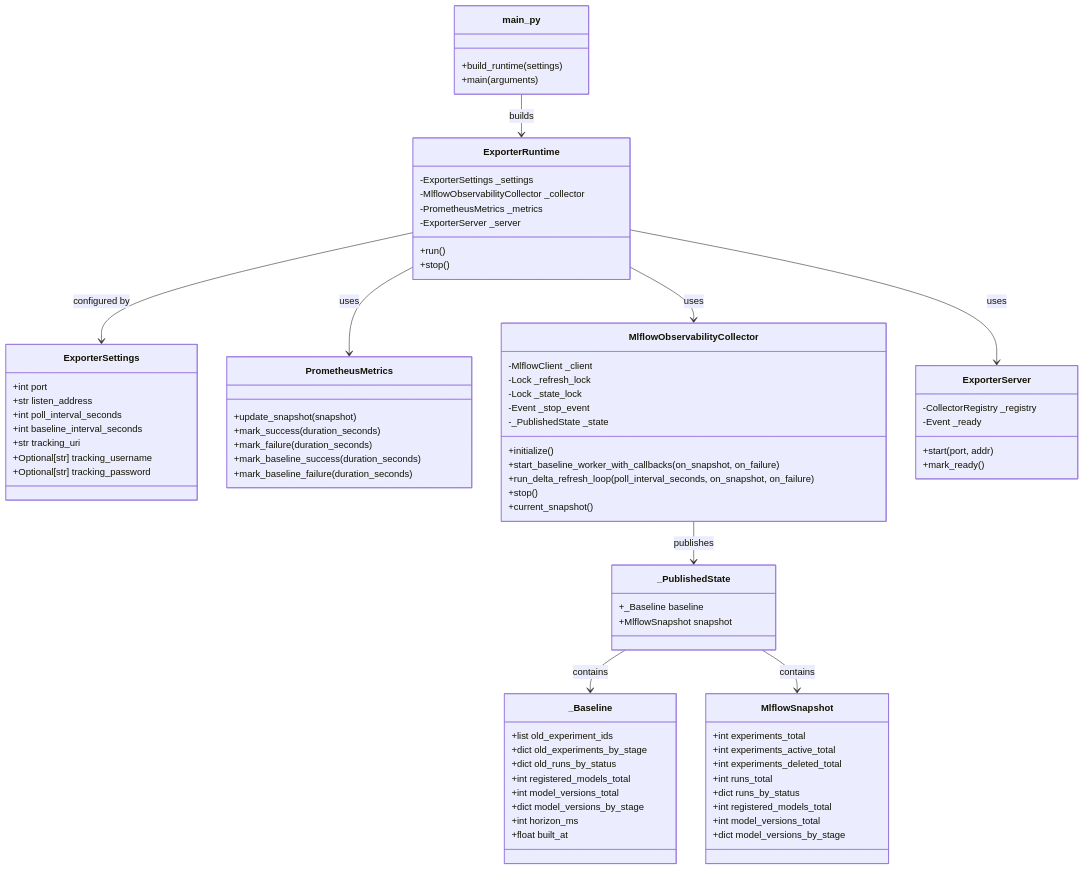
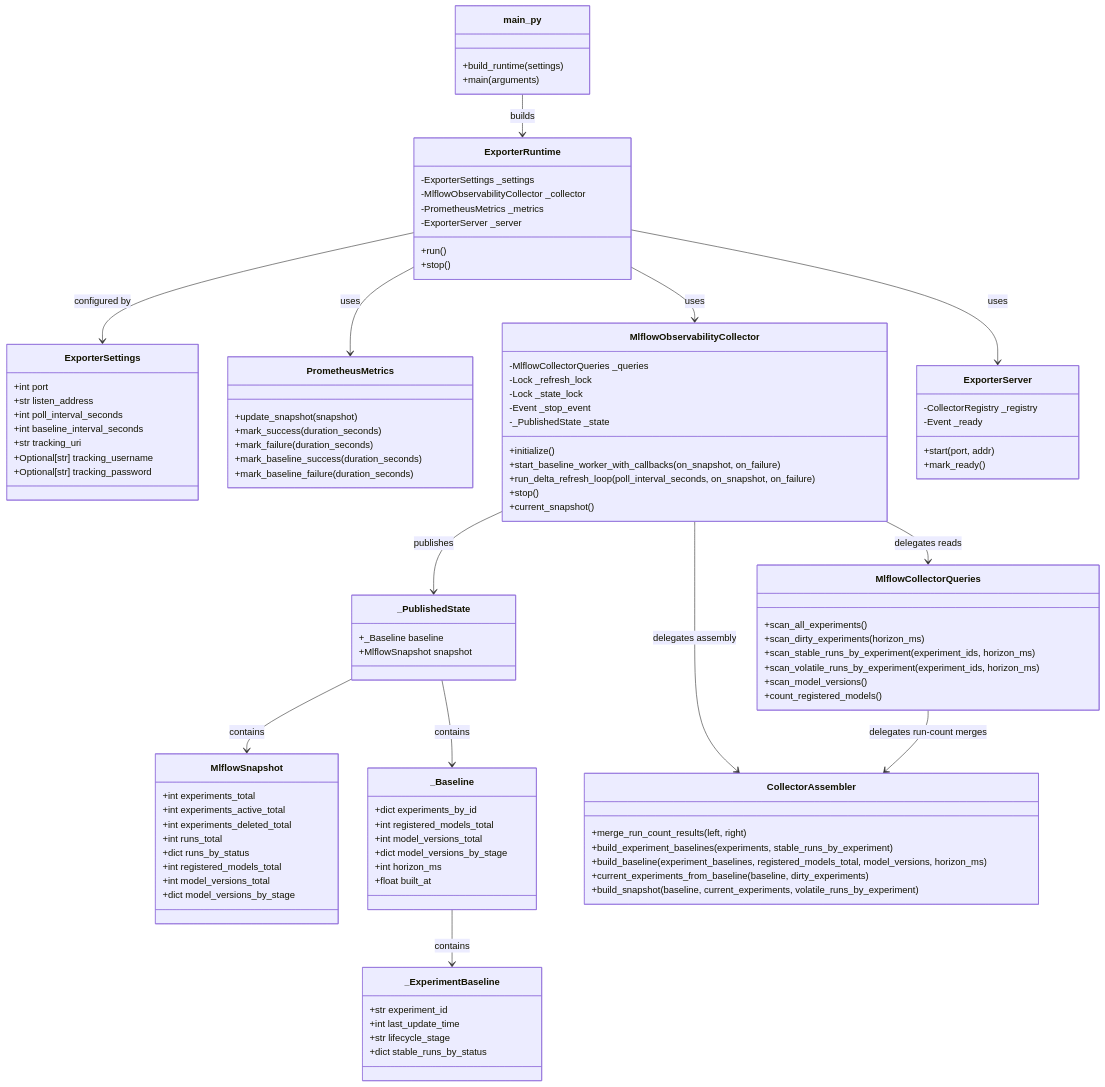
The first of 3 diagrams in ARCHITECTURE.md (matzmz/mlflow-prometheus-exporter), drawn with Mermaid before and after one commit. The commit also changed other lines of this file and 9 other files, not shown here.

````diff
--- a/ARCHITECTURE.md
+++ b/ARCHITECTURE.md
@@ -215,9 +262,7 @@
     }
 
     class _Baseline {
-        +list old_experiment_ids
-        +dict old_experiments_by_stage
-        +dict old_runs_by_status
+        +dict experiments_by_id
         +int registered_models_total
         +int model_versions_total
         +dict model_versions_by_stage
@@ -225,9 +270,33 @@
         +float built_at
     }
 
+    class _ExperimentBaseline {
+        +str experiment_id
+        +int last_update_time
+        +str lifecycle_stage
+        +dict stable_runs_by_status
+    }
+
     class _PublishedState {
         +_Baseline baseline
         +MlflowSnapshot snapshot
+    }
+
+    class MlflowCollectorQueries {
+        +scan_all_experiments()
+        +scan_dirty_experiments(horizon_ms)
+        +scan_stable_runs_by_experiment(experiment_ids, horizon_ms)
+        +scan_volatile_runs_by_experiment(experiment_ids, horizon_ms)
+        +scan_model_versions()
+        +count_registered_models()
+    }
+
+    class CollectorAssembler {
+        +merge_run_count_results(left, right)
+        +build_experiment_baselines(experiments, stable_runs_by_experiment)
+        +build_baseline(experiment_baselines, registered_models_total, model_versions, horizon_ms)
+        +current_experiments_from_baseline(baseline, dirty_experiments)
+        +build_snapshot(baseline, current_experiments, volatile_runs_by_experiment)
     }
 
     class PrometheusMetrics {
@@ -239,7 +308,7 @@
     }
 
     class MlflowObservabilityCollector {
-        -MlflowClient _client
+        -MlflowCollectorQueries _queries
         -Lock _refresh_lock
         -Lock _state_lock
         -Event _stop_event
@@ -276,8 +345,12 @@
     ExporterRuntime --> MlflowObservabilityCollector : uses
     ExporterRuntime --> PrometheusMetrics : uses
     ExporterRuntime --> ExporterServer : uses
+    MlflowObservabilityCollector --> MlflowCollectorQueries : delegates reads
+    MlflowObservabilityCollector --> CollectorAssembler : delegates assembly
+    MlflowCollectorQueries --> CollectorAssembler : delegates run-count merges
     MlflowObservabilityCollector --> _PublishedState : publishes
     _PublishedState --> _Baseline : contains
+    _Baseline --> _ExperimentBaseline : contains
     _PublishedState --> MlflowSnapshot : contains
     ExporterRuntime --> ExporterSettings : configured by
 ```
````
